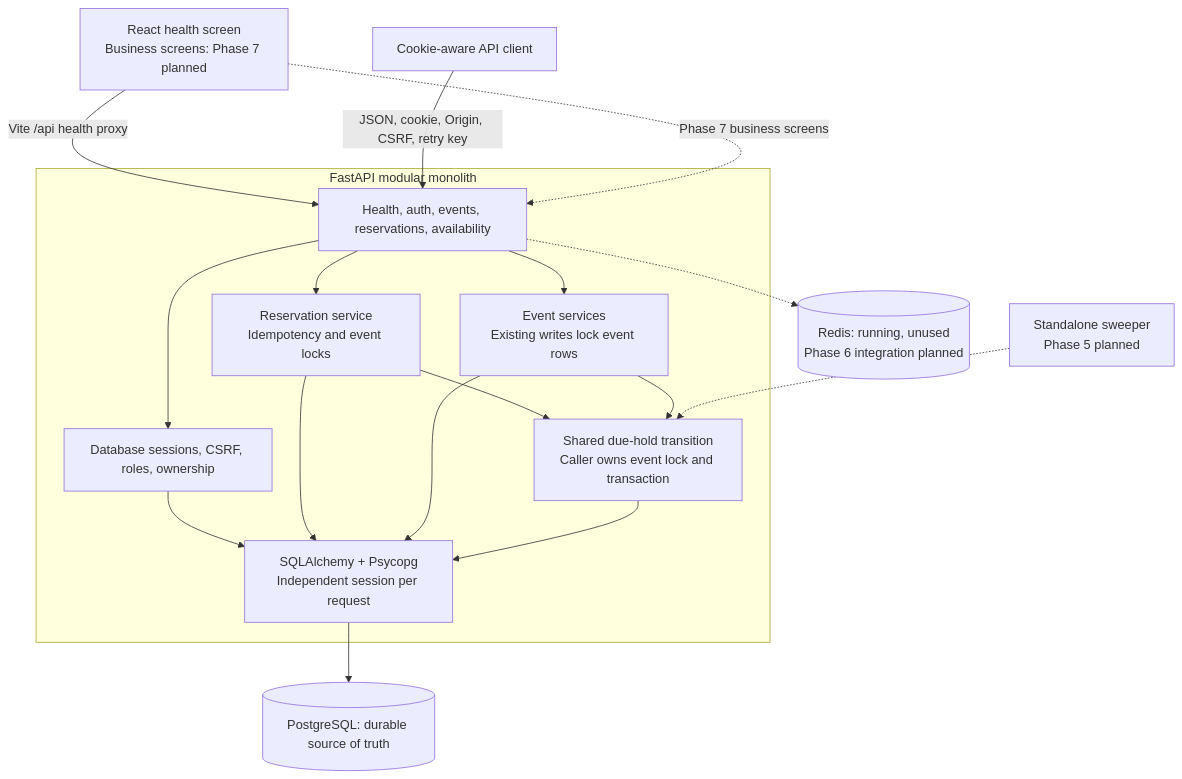
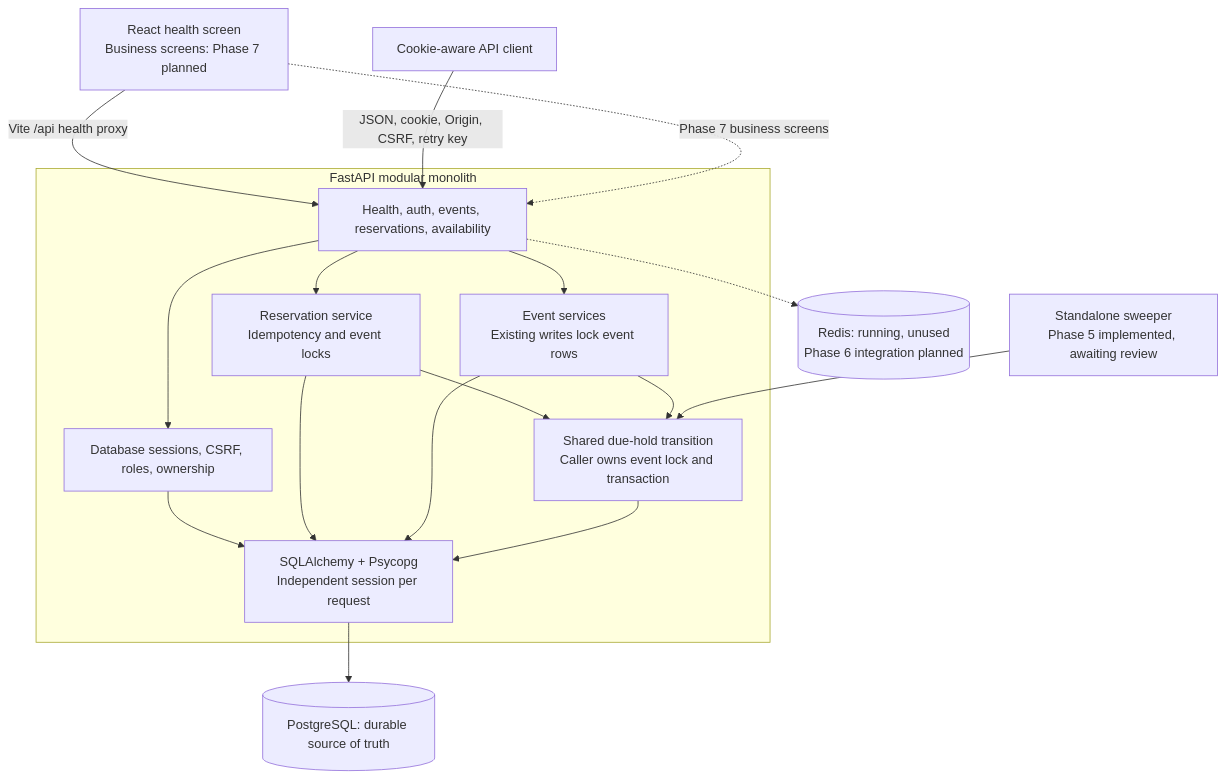
One commit to ShreyasKowshal/Concurrency-Safe-Reservation-System changed the first of 4 diagrams in docs/architecture.md. Above: the diagram before and after it, drawn with Mermaid. The commit also changed other lines of this file and 23 other files, not shown here.

````diff
--- a/docs/architecture.md
+++ b/docs/architecture.md
@@ -91,31 +94,31 @@
 ```mermaid
 flowchart TB
     Web["React health screen<br/>Business screens: Phase 7 planned"]
     Client["Cookie-aware API client"]
     subgraph Backend["FastAPI modular monolith"]
         Api["Health, auth, events, reservations, availability"]
         Auth["Database sessions, CSRF, roles, ownership"]
         Events["Event services<br/>Existing writes lock event rows"]
         Booking["Reservation service<br/>Idempotency and event locks"]
         Cleanup["Shared due-hold transition<br/>Caller owns event lock and transaction"]
         Orm["SQLAlchemy + Psycopg<br/>Independent session per request"]
         Api --> Auth
         Api --> Events
         Api --> Booking
         Booking --> Cleanup
         Events --> Cleanup
         Auth --> Orm
         Booking --> Orm
         Events --> Orm
         Cleanup --> Orm
     end
     Pg[("PostgreSQL: durable source of truth")]
     Redis[("Redis: running, unused<br/>Phase 6 integration planned")]
-    Worker["Standalone sweeper<br/>Phase 5 planned"]
+    Worker["Standalone sweeper<br/>Phase 5 implemented, awaiting review"]
     Web -->|"Vite /api health proxy"| Api
     Client -->|"JSON, cookie, Origin, CSRF, retry key"| Api
     Web -.->|"Phase 7 business screens"| Api
     Orm --> Pg
     Api -.-> Redis
-    Worker -.-> Cleanup
+    Worker --> Cleanup
 ```
````
